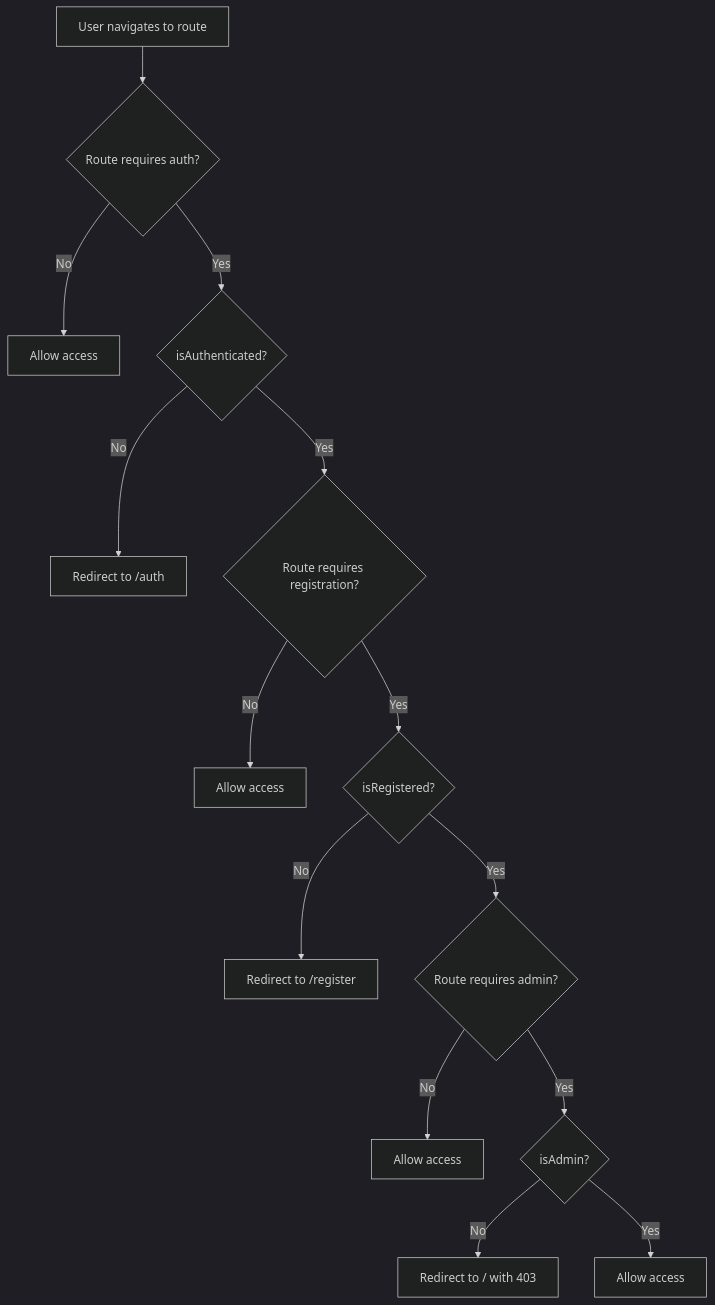
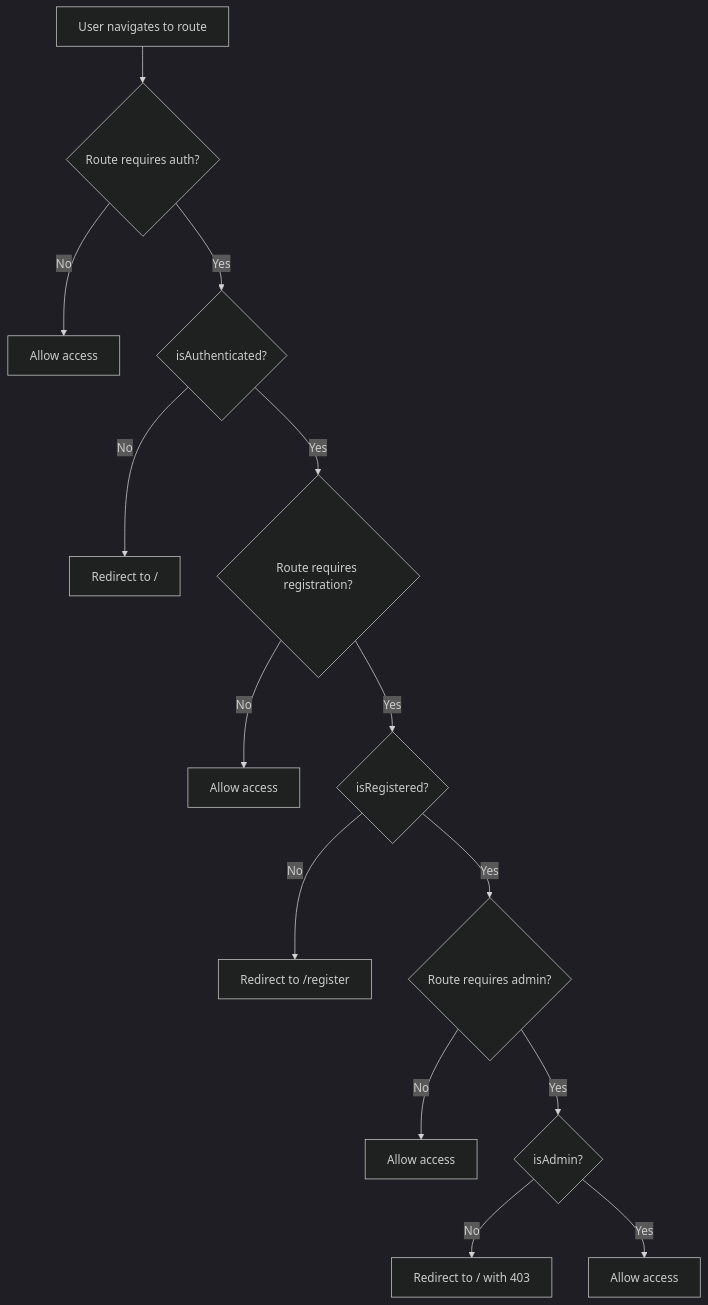
Before and after one commit to sathittham/factory-sync-solutions: the fourth of 6 diagrams in docs/user-flow.md, drawn with Mermaid (dark theme). The commit also changed other lines of this file and 52 other files, not shown here.

````diff
--- a/docs/user-flow.md
+++ b/docs/user-flow.md
@@ -93,16 +93,16 @@
 ```mermaid
 flowchart TD
     A[User navigates to route] --> B{Route requires auth?}
     B -- No --> C[Allow access]
     B -- Yes --> D{isAuthenticated?}
-    D -- No --> E[Redirect to /auth]
+    D -- No --> E[Redirect to /]
     D -- Yes --> F{Route requires registration?}
     F -- No --> G[Allow access]
     F -- Yes --> H{isRegistered?}
     H -- No --> I[Redirect to /register]
     H -- Yes --> J{Route requires admin?}
     J -- No --> K[Allow access]
     J -- Yes --> L{isAdmin?}
     L -- No --> M[Redirect to / with 403]
     L -- Yes --> N[Allow access]
 ```
````
